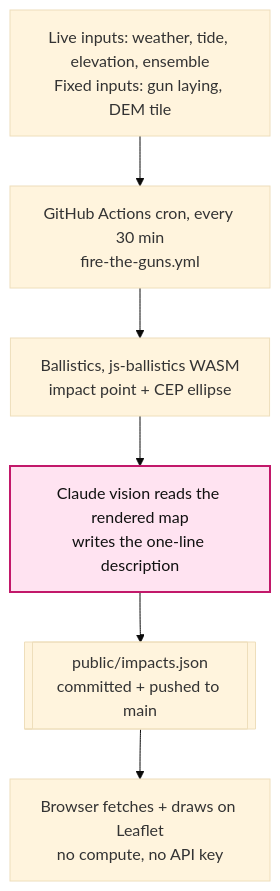
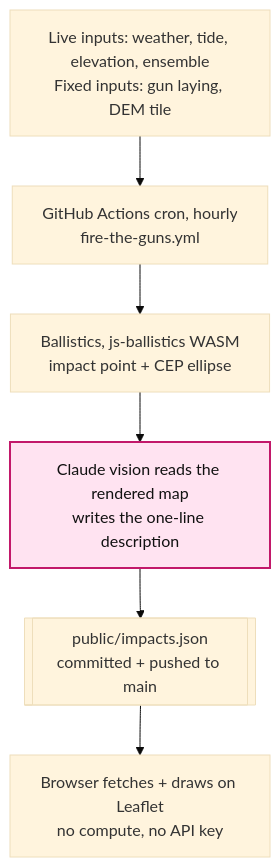
The first of 2 diagrams in README.md (SilentKinfolk/where-would-hms-belfast-hit), drawn with Mermaid (base theme) before and after one commit. The commit also changed other lines of this file and 7 other files, not shown here.

````diff
--- a/README.md
+++ b/README.md
@@ -42,14 +42,14 @@
 ```mermaid
 flowchart TD
     IN["Live inputs: weather, tide, elevation, ensemble<br/>Fixed inputs: gun laying, DEM tile"]
-    CRON["GitHub Actions cron, every 30 min<br/>fire-the-guns.yml"]
+    CRON["GitHub Actions cron, hourly<br/>fire-the-guns.yml"]
     BAL["Ballistics, js-ballistics WASM<br/>impact point + CEP ellipse"]
     AI["Claude vision reads the rendered map<br/>writes the one-line description"]
     OUT[["public/impacts.json<br/>committed + pushed to main"]]
     WEB["Browser fetches + draws on Leaflet<br/>no compute, no API key"]
 
     IN --> CRON --> BAL --> AI --> OUT --> WEB
 
     classDef ai fill:#ffe3f1,stroke:#c2186a,stroke-width:2px,color:#111;
     class AI ai;
 ```
````
